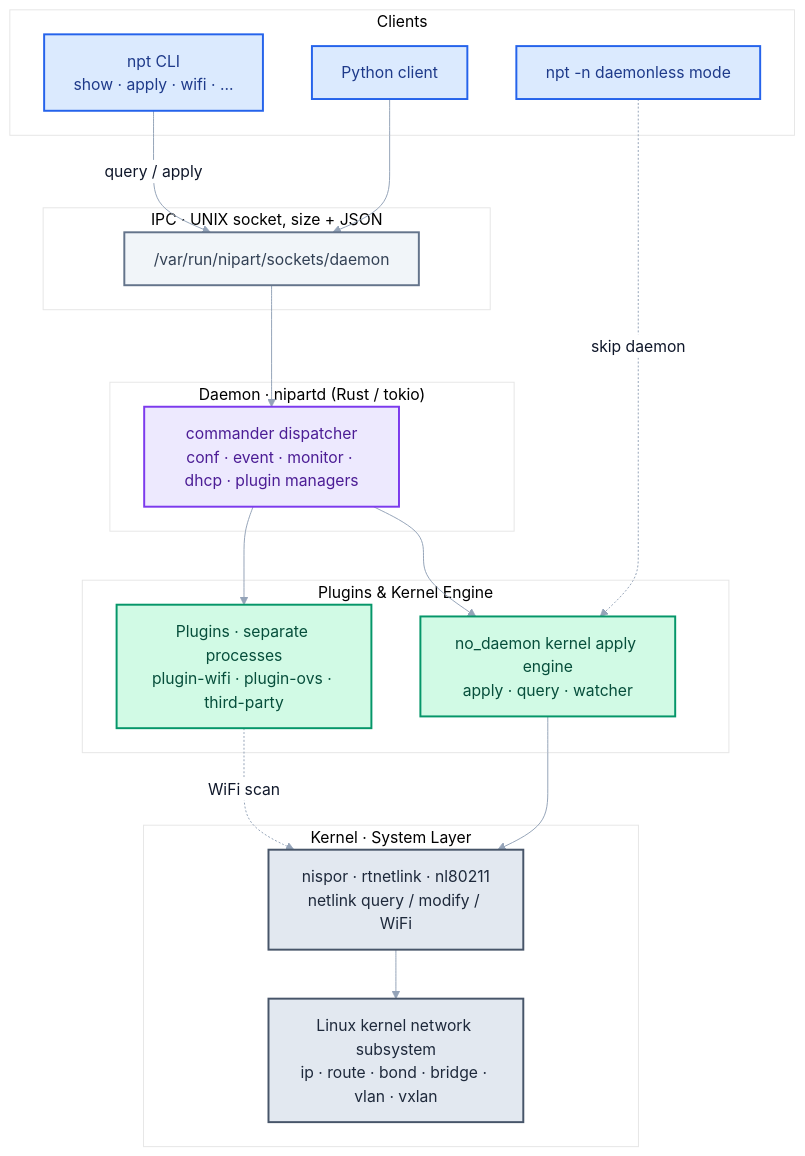
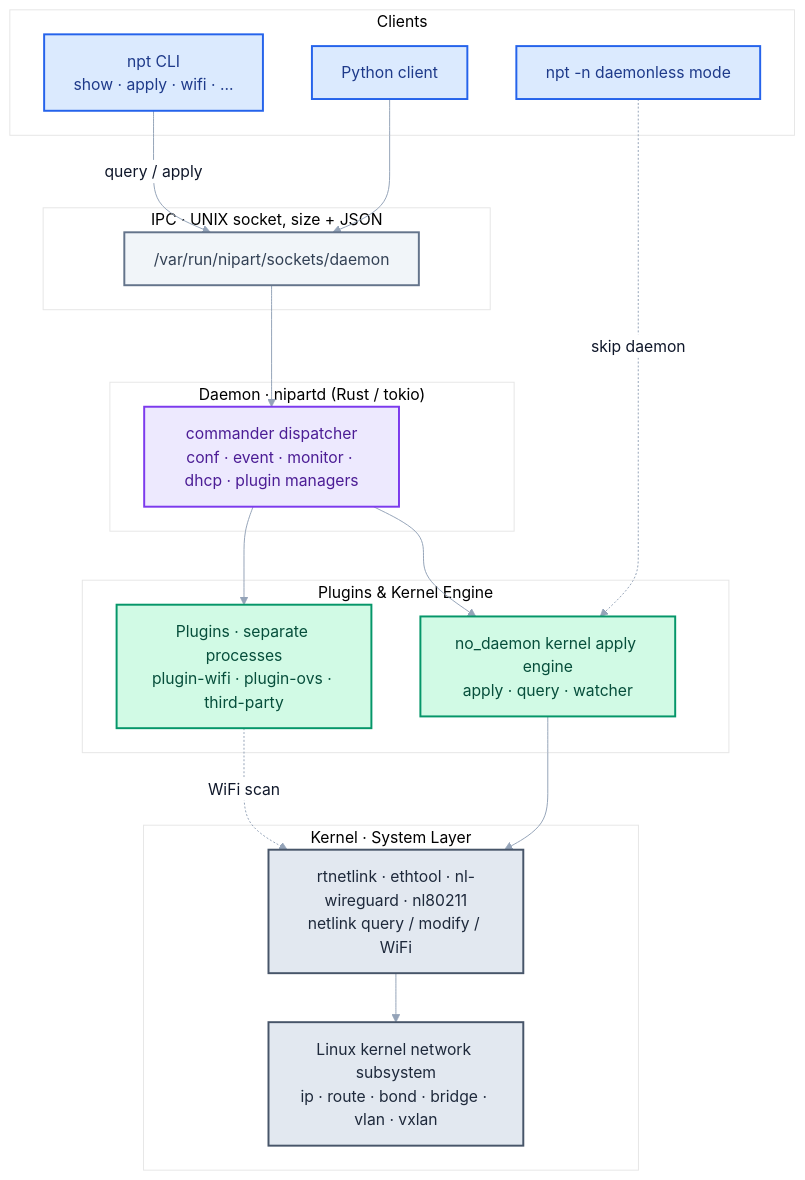
Before and after one commit to cathay4t/nipart: the diagram in docs/english/architecture.mmd, drawn with Mermaid.

Commit message:
docs: update English architecture diagram
List the rust-netlink crates used by the kernel layer.

```diff
--- a/docs/english/architecture.mmd
+++ b/docs/english/architecture.mmd
@@ -1,57 +1,57 @@
 %% Nipart Architecture (PPT-ready)
 %% Render: mmdc -i docs/english/architecture.mmd -o docs/english/architecture.svg
 %%{init: {"theme":"base","themeVariables":{"fontFamily":"Inter, PingFang SC, Microsoft YaHei, sans-serif","fontSize":"16px","primaryColor":"#ffffff","primaryBorderColor":"#cbd5e1","primaryTextColor":"#0f172a","lineColor":"#94a3b8","edgeLabelBackground":"#ffffff"}}}%%
 
 flowchart TB
     %% ============ Clients ============
     subgraph CLIENTS["Clients"]
         NPT["npt CLI<br/>show · apply · wifi · ..."]
         PYN["Python client"]
         NOD["npt -n daemonless mode"]
     end
 
     %% ============ IPC ============
     subgraph IPC["IPC · UNIX socket, size + JSON"]
         SOCK["/var/run/nipart/sockets/daemon"]
     end
 
     %% ============ Daemon ============
     subgraph DAE["Daemon · nipartd (Rust / tokio)"]
         CORE["commander dispatcher<br/>conf · event · monitor · dhcp · plugin managers"]
     end
 
     %% ============ Plugins + engine ============
     subgraph MID["Plugins & Kernel Engine"]
         PL["Plugins · separate processes<br/>plugin-wifi · plugin-ovs · third-party"]
         NODA["no_daemon kernel apply engine<br/>apply · query · watcher"]
     end
 
     %% ============ Kernel ============
     subgraph KRN["Kernel · System Layer"]
-        N["nispor · rtnetlink · nl80211<br/>netlink query / modify / WiFi"]
+        N["rtnetlink · ethtool · nl-wireguard · nl80211<br/>netlink query / modify / WiFi"]
         KS["Linux kernel network subsystem<br/>ip · route · bond · bridge · vlan · vxlan"]
     end
 
     %% ============ Edges ============
     NPT -->|"query / apply"| SOCK
     PYN --> SOCK
     SOCK --> CORE
     CORE --> PL
     CORE --> NODA
     NOD -.->|"skip daemon"| NODA
     NODA --> N
     N --> KS
     PL -.->|"WiFi scan"| N
 
     %% ============ Styles ============
     classDef client fill:#dbeafe,stroke:#2563eb,stroke-width:2px,color:#1e3a8a;
     classDef ipc fill:#f1f5f9,stroke:#64748b,stroke-width:2px,color:#334155;
     classDef daemon fill:#ede9fe,stroke:#7c3aed,stroke-width:2px,color:#4c1d95;
     classDef mid fill:#d1fae5,stroke:#059669,stroke-width:2px,color:#064e3b;
     classDef kern fill:#e2e8f0,stroke:#475569,stroke-width:2px,color:#1e293b;
 
     class NPT,PYN,NOD client;
     class SOCK ipc;
     class CORE daemon;
     class PL,NODA mid;
     class N,KS kern;
```
